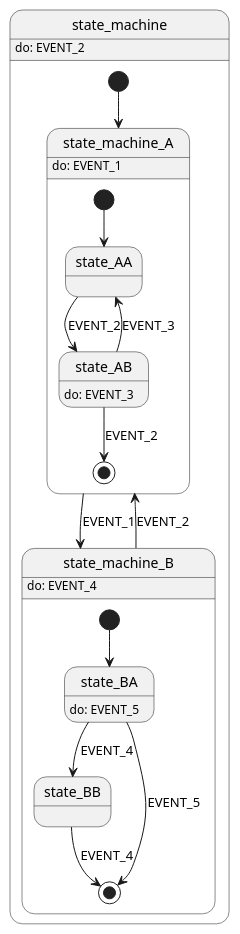
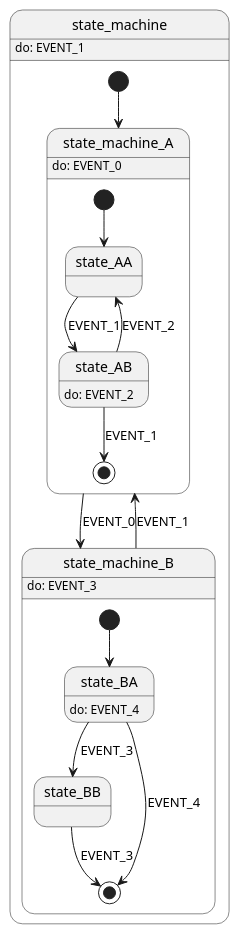
Before and after one commit to davmf/state-machine-upy: the diagram in state_machine.puml, drawn with PlantUML. The commit also changed 1 other file, not shown here.

```diff
--- a/state_machine.puml
+++ b/state_machine.puml
@@ -1,37 +1,37 @@
 @startuml state_machine
 
 state state_machine {
     state state_machine_A {
         state state_AA
         state state_AB
-        state state_AB : do: EVENT_3
+        state state_AB : do: EVENT_2
 
         [*] --> state_AA
-        state_AA --> state_AB : EVENT_2
-        state_AB --> state_AA : EVENT_3
-        state_AB --> [*] : EVENT_2
+        state_AA --> state_AB : EVENT_1
+        state_AB --> state_AA : EVENT_2
+        state_AB --> [*] : EVENT_1
     }
-    state state_machine_A : do: EVENT_1
+    state state_machine_A : do: EVENT_0
 
     state state_machine_B {
         state state_BA
-        state state_BA : do: EVENT_5
+        state state_BA : do: EVENT_4
 
         state state_BB
 
         [*] --> state_BA
-        state_BA --> state_BB : EVENT_4
-        state_BA --> [*] : EVENT_5
-        state_BB --> [*] : EVENT_4
+        state_BA --> state_BB : EVENT_3
+        state_BA --> [*] : EVENT_4
+        state_BB --> [*] : EVENT_3
     }
-    state state_machine_B : do: EVENT_4
+    state state_machine_B : do: EVENT_3
 
     [*] --> state_machine_A
-    state_machine_A --> state_machine_B : EVENT_1
-    state_machine_B --> state_machine_A : EVENT_2
+    state_machine_A --> state_machine_B : EVENT_0
+    state_machine_B --> state_machine_A : EVENT_1
 }
 
-state state_machine : do: EVENT_2
+state state_machine : do: EVENT_1
 
 
 @enduml
```
